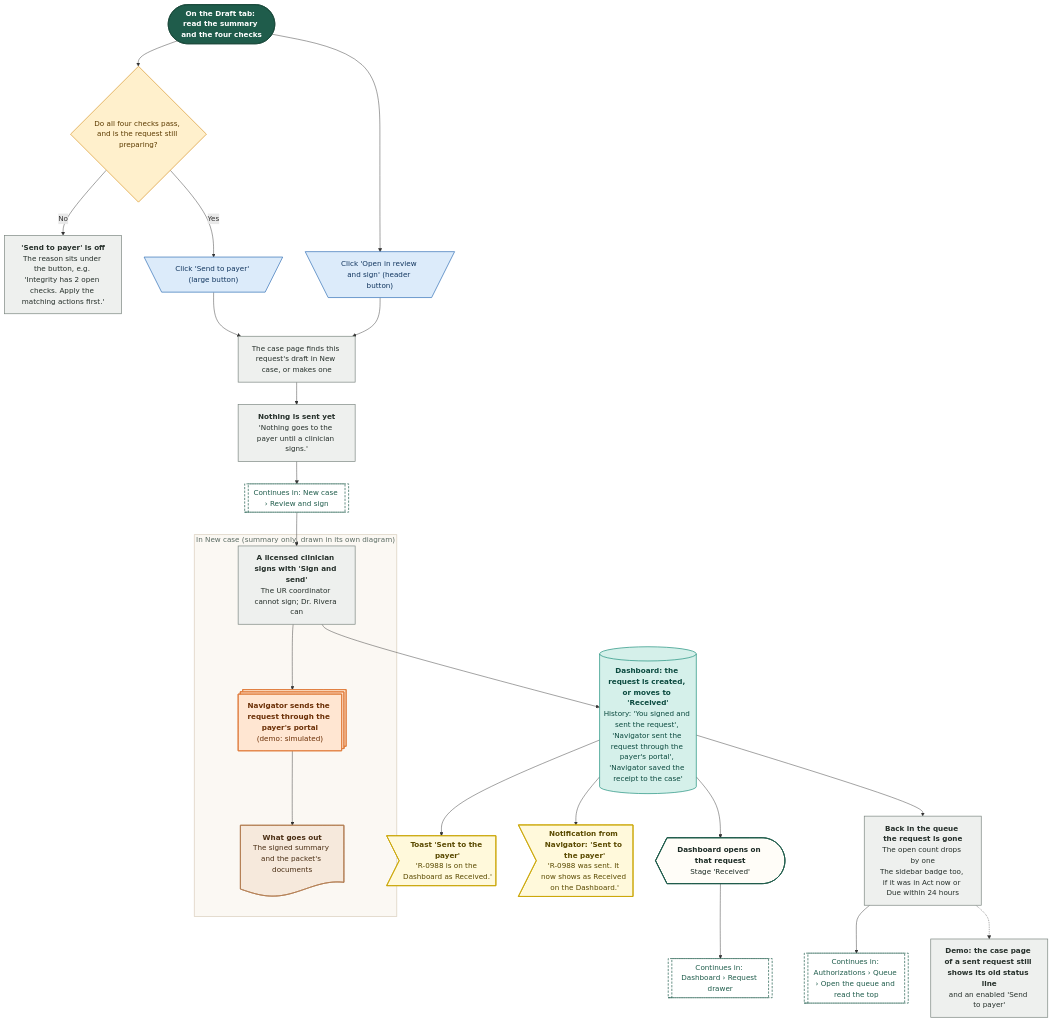
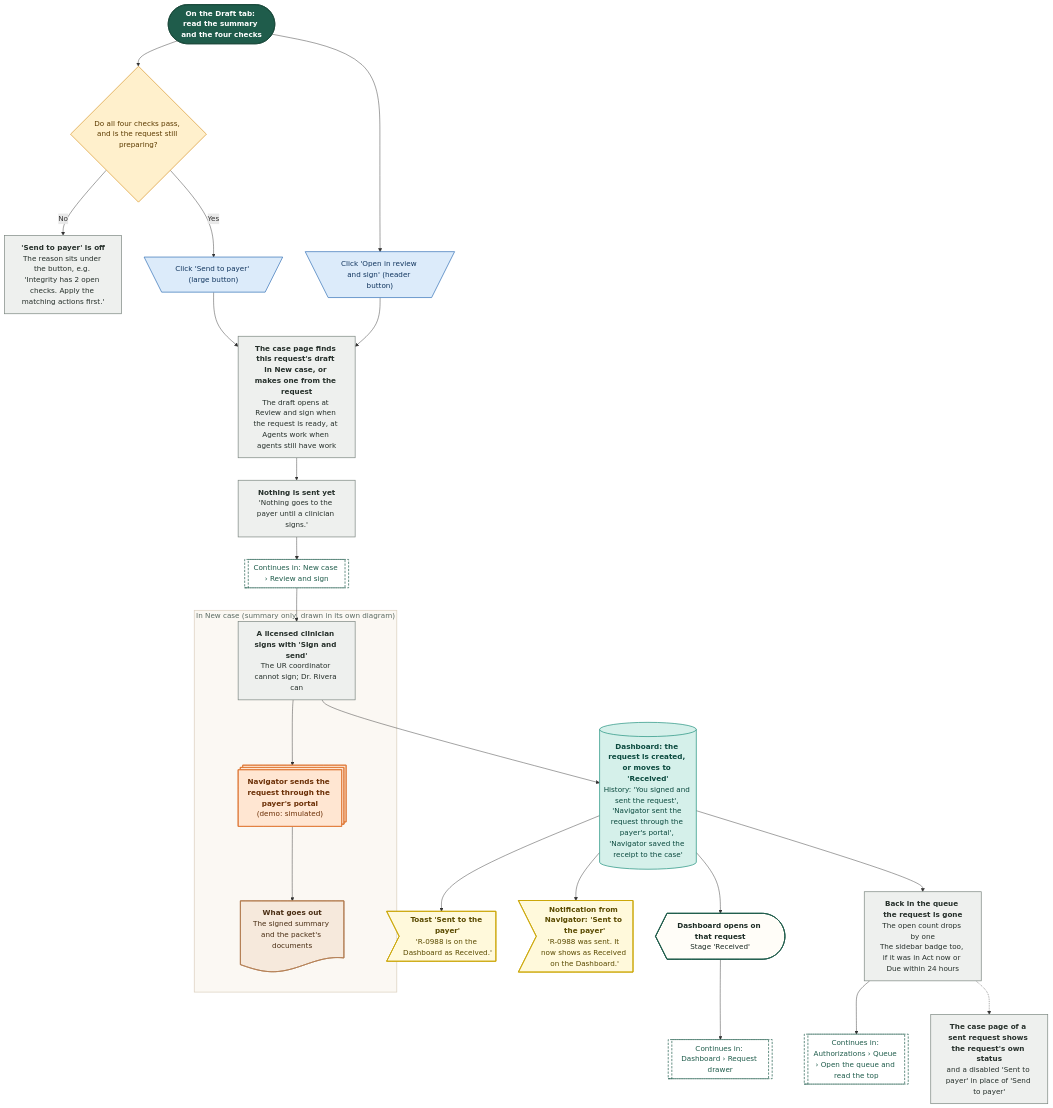
Before and after one commit to Shrav143/psyfloapp: diagram 24 of 26 in demos/prior-auth-demo/workflows/out/md/03-authorizations.md, drawn with Mermaid. The commit also changed other lines of this file and 195 other files, not shown here.

First line of the commit message:
docs: Rebuild workflow diagrams after the demo fixes (220 diagrams)

````diff
--- a/demos/prior-auth-demo/workflows/out/md/03-authorizations.md
+++ b/demos/prior-auth-demo/workflows/out/md/03-authorizations.md
@@ -1751,64 +1861,64 @@
 ```mermaid
 %%{init: {"theme":"base","themeVariables":{"fontFamily":"'DM Sans', 'Segoe UI', system-ui, sans-serif","fontSize":"15px","lineColor":"#5B6B63","primaryTextColor":"#1C2B25","clusterBkg":"#FBF8F3","clusterBorder":"#D9CDBB","edgeLabelBackground":"#FFFFFF"},"flowchart":{"curve":"basis","nodeSpacing":36,"rankSpacing":48,"padding":12,"htmlLabels":true,"useMaxWidth":false,"wrappingWidth":230}} }%%
 flowchart TD
   classDef k_start fill:#1F5C4B,stroke:#174638,color:#FFFFFF,stroke-width:1.5px,font-weight:600
   classDef k_end fill:#DDEFE3,stroke:#2E7D4F,color:#14502F,stroke-width:1.5px,font-weight:600
   classDef k_endx fill:#FBE3E0,stroke:#C0392B,color:#7A1F16,stroke-width:1.5px,font-weight:600
   classDef k_screen fill:#FFFDF8,stroke:#1F5C4B,color:#1C2B25,stroke-width:2px
   classDef k_overlay fill:#F1F7F3,stroke:#1F5C4B,color:#1C2B25,stroke-width:2px,stroke-dasharray:5 3
   classDef k_click fill:#DCEBFA,stroke:#2F6DB5,color:#12365F,stroke-width:1.5px
   classDef k_input fill:#E4E7FF,stroke:#4C5FD5,color:#1D2670,stroke-width:1.5px
   classDef k_process fill:#EEF0EE,stroke:#7A857F,color:#26302B,stroke-width:1.5px
   classDef k_agent fill:#EEE5FA,stroke:#7A4FC2,color:#341A63,stroke-width:1.5px
   classDef k_decision fill:#FFF0CC,stroke:#D9962B,color:#5C3B00,stroke-width:1.5px
   classDef k_store fill:#D5F0EA,stroke:#1C8E7B,color:#0B4A3F,stroke-width:1.5px
   classDef k_doc fill:#F6E9DC,stroke:#B07A4C,color:#4A2E14,stroke-width:1.5px
   classDef k_ext fill:#FFE6D2,stroke:#E07B39,color:#6B2F06,stroke-width:1.5px
   classDef k_wait fill:#E4E8EE,stroke:#6B7C93,color:#26303D,stroke-width:1.5px
   classDef k_toast fill:#FFF9DB,stroke:#C9A400,color:#5A4A00,stroke-width:1.5px
   classDef k_goto fill:#FFFFFF,stroke:#1F5C4B,color:#1F5C4B,stroke-width:1.5px,stroke-dasharray:5 3
   s1@{ shape: stadium, label: "On the Draft tab: read the summary and the four checks" }
   dc@{ shape: diam, label: "Do all four checks pass, and is the request still preparing?" }
   off@{ shape: rect, label: "<b>'Send to payer' is off</b><br/>The reason sits under the button, e.g. 'Integrity has 2 open checks. Apply the matching actions first.'" }
   sp@{ shape: trap-t, label: "Click 'Send to payer' (large button)" }
   os@{ shape: trap-t, label: "Click 'Open in review and sign' (header button)" }
-  rp@{ shape: rect, label: "The case page finds this request's draft in New case, or makes one" }
+  rp@{ shape: rect, label: "<b>The case page finds this request's draft in New case, or makes one from the request</b><br/>The draft opens at Review and sign when the request is ready, at Agents work when agents still have work" }
   ns@{ shape: rect, label: "<b>Nothing is sent yet</b><br/>'Nothing goes to the payer until a clinician signs.'" }
   gR@{ shape: subproc, label: "Continues in: New case › Review and sign" }
   subgraph gSign ["In New case (summary only, drawn in its own diagram)"]
   sg@{ shape: rect, label: "<b>A licensed clinician signs with 'Sign and send'</b><br/>The UR coordinator cannot sign; Dr. Rivera can" }
   py@{ shape: st-rect, label: "<b>Navigator sends the request through the payer's portal</b><br/>(demo: simulated)" }
   pk@{ shape: doc, label: "<b>What goes out</b><br/>The signed summary and the packet's documents" }
   end
   rq@{ shape: cyl, label: "<b>Dashboard: the request is created, or moves to 'Received'</b><br/>History: 'You signed and sent the request', 'Navigator sent the request through the payer's portal', 'Navigator saved the receipt to the case'" }
   tt@{ shape: odd, label: "<b>Toast 'Sent to the payer'</b><br/>'R-0988 is on the Dashboard as Received.'" }
   nt@{ shape: odd, label: "<b>Notification from Navigator: 'Sent to the payer'</b><br/>'R-0988 was sent. It now shows as Received on the Dashboard.'" }
   db@{ shape: curv-trap, label: "<b>Dashboard opens on that request</b><br/>Stage 'Received'" }
   qg@{ shape: rect, label: "<b>Back in the queue the request is gone</b><br/>The open count drops by one<br/>The sidebar badge too, if it was in Act now or Due within 24 hours" }
-  cp@{ shape: rect, label: "<b>Demo: the case page of a sent request still shows its old status line</b><br/>and an enabled 'Send to payer'" }
+  cp@{ shape: rect, label: "<b>The case page of a sent request shows the request's own status</b><br/>and a disabled 'Sent to payer' in place of 'Send to payer'" }
   gD@{ shape: subproc, label: "Continues in: Dashboard › Request drawer" }
   gQ@{ shape: subproc, label: "Continues in: Authorizations › Queue › Open the queue and read the top" }
   s1 --> dc
   dc -->|"No"| off
   dc -->|"Yes"| sp --> rp
   s1 --> os --> rp
   rp --> ns --> gR
   gR --> sg --> py --> pk
   sg --> rq
   rq --> tt
   rq --> nt
   rq --> db --> gD
   rq --> qg --> gQ
   qg -.-> cp
   class s1 k_start
   class dc k_decision
   class off,rp,ns,sg,qg,cp k_process
   class sp,os k_click
   class gR,gD,gQ k_goto
   class py k_ext
   class pk k_doc
   class rq k_store
   class tt,nt k_toast
   class db k_screen
   style gSign fill:#FBF8F3,stroke:#D9CDBB,stroke-width:1.5px,color:#5B6B63
 ```
````
